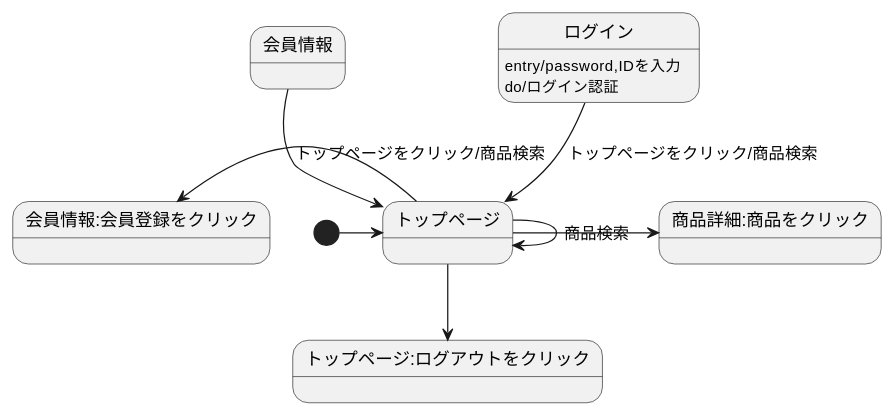
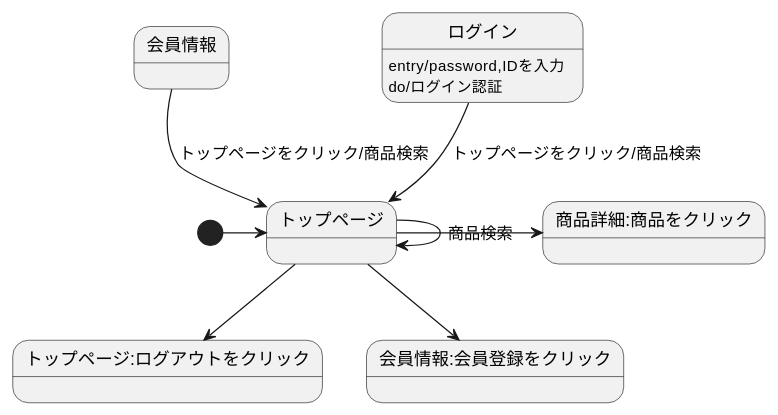
The diagram in stm01.md (Aso2001388/2021sys-design), drawn with PlantUML before and after one commit.

````diff
--- a/stm01.md
+++ b/stm01.md
@@ -1,14 +1,14 @@
 ```uml
 @startuml
 [*]->トップページ
 会員情報-->トップページ:トップページをクリック/商品検索
 ログイン-->トップページ:トップページをクリック/商品検索
 ログイン: entry/password,IDを入力
 ログイン:do/ログイン認証
 トップページ-->トップページ:ログアウトをクリック
 トップページ->トップページ: 商品検索
 トップページ->商品詳細:商品をクリック
-トップページ-left->会員情報:会員登録をクリック
+トップページ-->会員情報:会員登録をクリック
 
 @enduml
 ```
````
